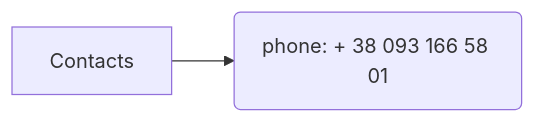
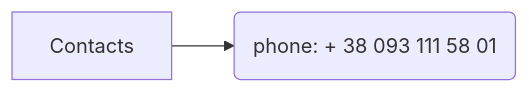
The diagram in cv.md (marakoris2022/rsschool-cv), drawn with Mermaid before and after one commit.

````diff
--- a/cv.md
+++ b/cv.md
@@ -2,4 +2,4 @@
 ```mermaid
 graph LR
-A[Contacts] --> B(phone: + 38 093 166 58 01)
+A[Contacts] --> B(phone: + 38 093 111 58 01)
 ```
````
